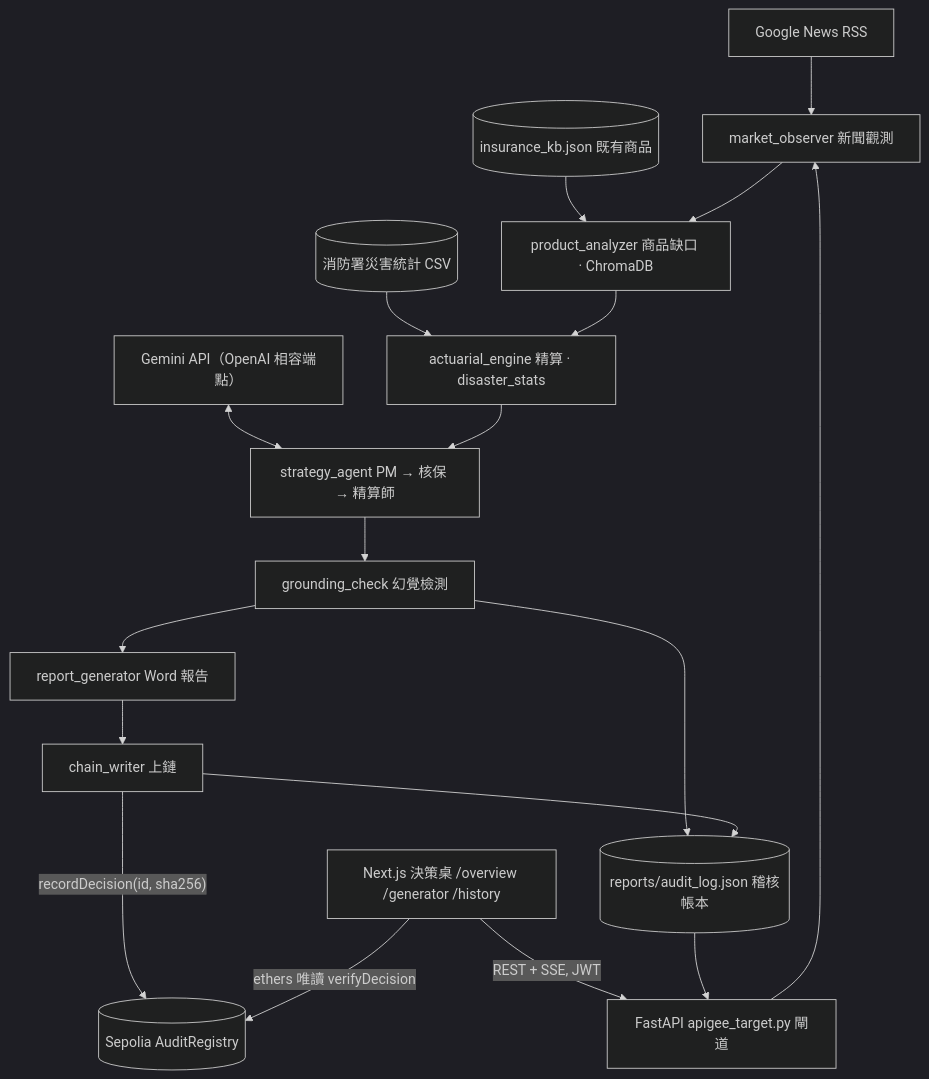
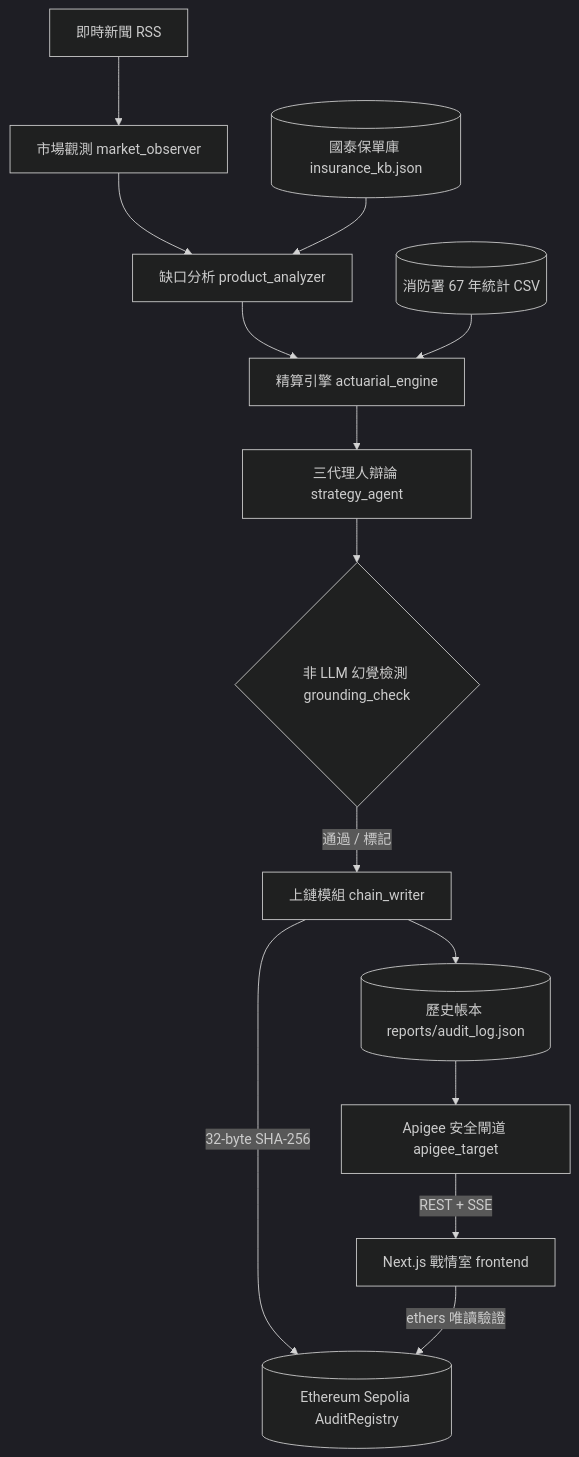
One commit to zhuang768/ForeSure changed the diagram in README.md. Above: the diagram before and after it, drawn with Mermaid (dark theme). The commit also changed other lines of this file and 8 other files, not shown here.

````diff
--- a/README.md
+++ b/README.md
@@ -28,16 +57,16 @@
 ```mermaid
-graph TD
-    NEWS["Google News RSS"] --> MO["market_observer 新聞觀測"]
-    KB[("insurance_kb.json 既有商品")] --> PA["product_analyzer 商品缺口 · ChromaDB"]
-    NFA[("消防署災害統計 CSV")] --> AE["actuarial_engine 精算 · disaster_stats"]
-    LLM["Gemini API（OpenAI 相容端點）"] <--> SA["strategy_agent PM → 核保 → 精算師"]
-
-    UI["Next.js 決策桌 /overview /generator /history"] -->|"REST + SSE, JWT"| GW["FastAPI apigee_target.py 閘道"]
-    GW --> MO --> PA --> AE --> SA --> GC["grounding_check 幻覺檢測"]
-    GC --> RG["report_generator Word 報告"] --> CW["chain_writer 上鏈"]
-    CW -->|"recordDecision(id, sha256)"| CHAIN[("Sepolia AuditRegistry")]
-    GC --> LOG[("reports/audit_log.json 稽核帳本")]
-    CW --> LOG
-    LOG --> GW
-    UI -->|"ethers 唯讀 verifyDecision"| CHAIN
+flowchart TD
+    RSS[即時新聞 RSS] --> MO[市場觀測 market_observer]
+    MO --> PA[缺口分析 product_analyzer]
+    KB[(國泰保單庫 insurance_kb.json)] --> PA
+    PA --> AE[精算引擎 actuarial_engine]
+    NFA[(消防署 67 年統計 CSV)] --> AE
+    AE --> SA[三代理人辯論 strategy_agent]
+    SA --> GC{非 LLM 幻覺檢測 grounding_check}
+    GC -->|通過 / 標記| CW[上鏈模組 chain_writer]
+    CW -->|32-byte SHA-256| CHAIN[(Ethereum Sepolia AuditRegistry)]
+    CW --> LOG[(歷史帳本 reports/audit_log.json)]
+    LOG --> GW[Apigee 安全閘道 apigee_target]
+    GW -->|REST + SSE| UI[Next.js 戰情室 frontend]
+    UI -->|"ethers 唯讀驗證"| CHAIN
 ```
````
